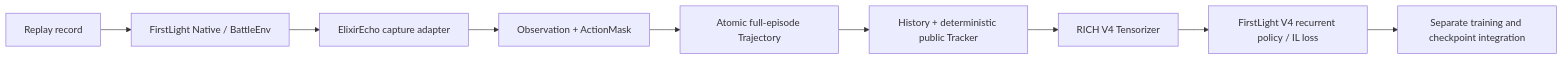
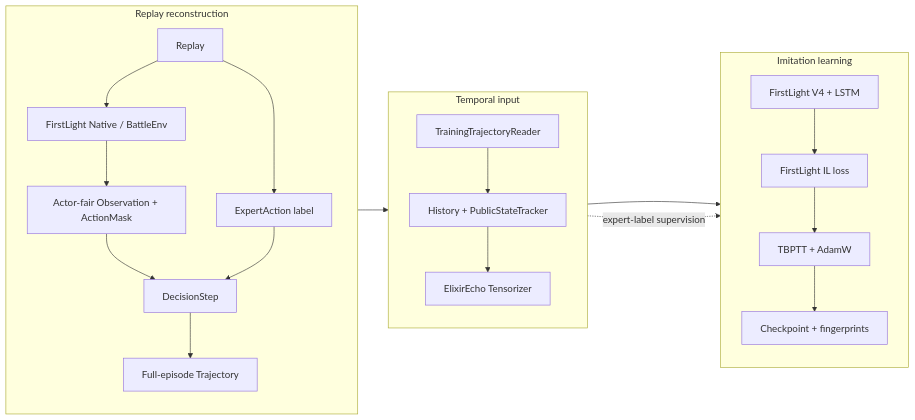
Before and after one commit to hero7014/ElixirEcho: the diagram in README.en.md, drawn with Mermaid. The commit also changed other lines of this file and 8 other files, not shown here.

````diff
--- a/README.en.md
+++ b/README.en.md
@@ -23,11 +29,26 @@
 ```mermaid
 flowchart LR
-  Replay[Replay record] --> Native[FirstLight Native / BattleEnv]
-  Native --> Capture[ElixirEcho capture adapter]
-  Capture --> Frame[Observation + ActionMask]
-  Frame --> Trajectory[Atomic full-episode Trajectory]
-  Trajectory --> Temporal[History + deterministic public Tracker]
-  Temporal --> Tensorizer[RICH V4 Tensorizer]
-  Tensorizer --> Policy[FirstLight V4 recurrent policy / IL loss]
-  Policy --> Checkpoint[Separate training and checkpoint integration]
+  subgraph Capture[Replay reconstruction]
+    direction TB
+    Replay[Replay] --> Native[FirstLight Native / BattleEnv]
+    Native --> State[Actor-fair Observation + ActionMask]
+    Replay --> Label[ExpertAction label]
+    State --> Step[DecisionStep]
+    Label --> Step
+    Step --> Store[Full-episode Trajectory]
+  end
+  subgraph Prepare[Temporal input]
+    direction TB
+    Reader[TrainingTrajectoryReader] --> Temporal[History + PublicStateTracker]
+    Temporal --> Tensorizer[ElixirEcho Tensorizer]
+  end
+  subgraph Train[Imitation learning]
+    direction TB
+    V4[FirstLight V4 + LSTM] --> Loss[FirstLight IL loss]
+    Loss --> Updates[TBPTT + AdamW]
+    Updates --> Checkpoint[Checkpoint + fingerprints]
+  end
+  Store --> Reader
+  Tensorizer --> V4
+  Reader -. expert-label supervision .-> Loss
 ```
````
